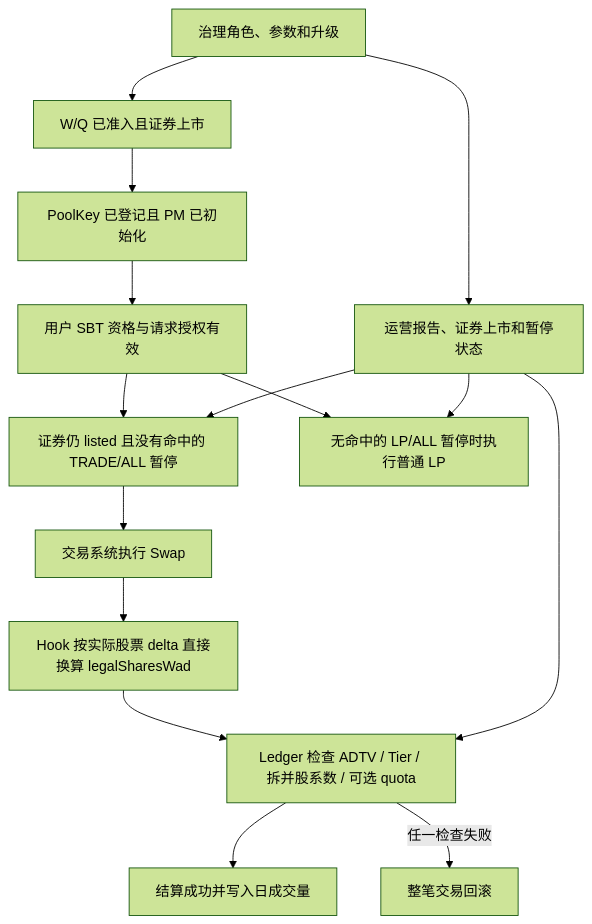
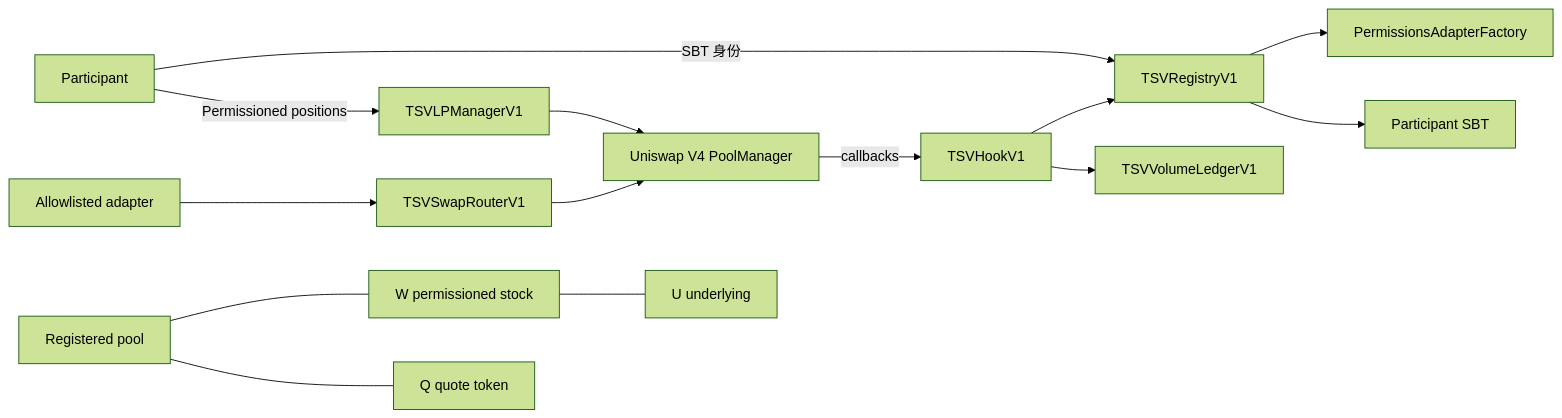
One commit to okx/tsv changed the diagram in docs/SYSTEMS_OVERVIEW.md. Above: the diagram before and after it, drawn with Mermaid (forest theme). The commit also changed other lines of this file and 37 other files, not shown here.

````diff
--- a/docs/SYSTEMS_OVERVIEW.md
+++ b/docs/SYSTEMS_OVERVIEW.md
@@ -595,17 +18,16 @@
 ```mermaid
-flowchart TD
-  A[W/Q 已准入且证券上市] --> B[PoolKey 已登记且 PM 已初始化]
-  B --> C[用户 SBT 资格与请求授权有效]
-  C --> D[证券仍 listed 且没有命中的 TRADE/ALL 暂停]
-  C --> LP[无命中的 LP/ALL 暂停时执行普通 LP]
-  R --> LP
-  D --> E[交易系统执行 Swap]
-  E --> F[Hook 按实际股票 delta 直接换算 legalSharesWad]
-  F --> G[Ledger 检查 ADTV / Tier / 拆并股系数 / 可选 quota]
-  G --> H[结算成功并写入日成交量]
-  G -->|任一检查失败| X[整笔交易回滚]
-  R[运营报告、证券上市和暂停状态] --> D
-  R --> G
-  T[治理角色、参数和升级] --> R
-  T --> A
+flowchart LR
+  Participant[Participant] -->|SBT 身份| Registry[TSVRegistryV1]
+  Adapter[Allowlisted adapter] --> Router[TSVSwapRouterV1]
+  Participant -->|Permissioned positions| LP[TSVLPManagerV1]
+  Router --> PM[Uniswap V4 PoolManager]
+  LP --> PM
+  PM -->|callbacks| Hook[TSVHookV1]
+  Hook --> Registry
+  Hook --> Ledger[TSVVolumeLedgerV1]
+  Registry --> Factory[PermissionsAdapterFactory]
+  Registry --> SBT[Participant SBT]
+  W[W permissioned stock] --- U[U underlying]
+  Pool[Registered pool] --- W
+  Pool --- Q[Q quote token]
 ```
````
